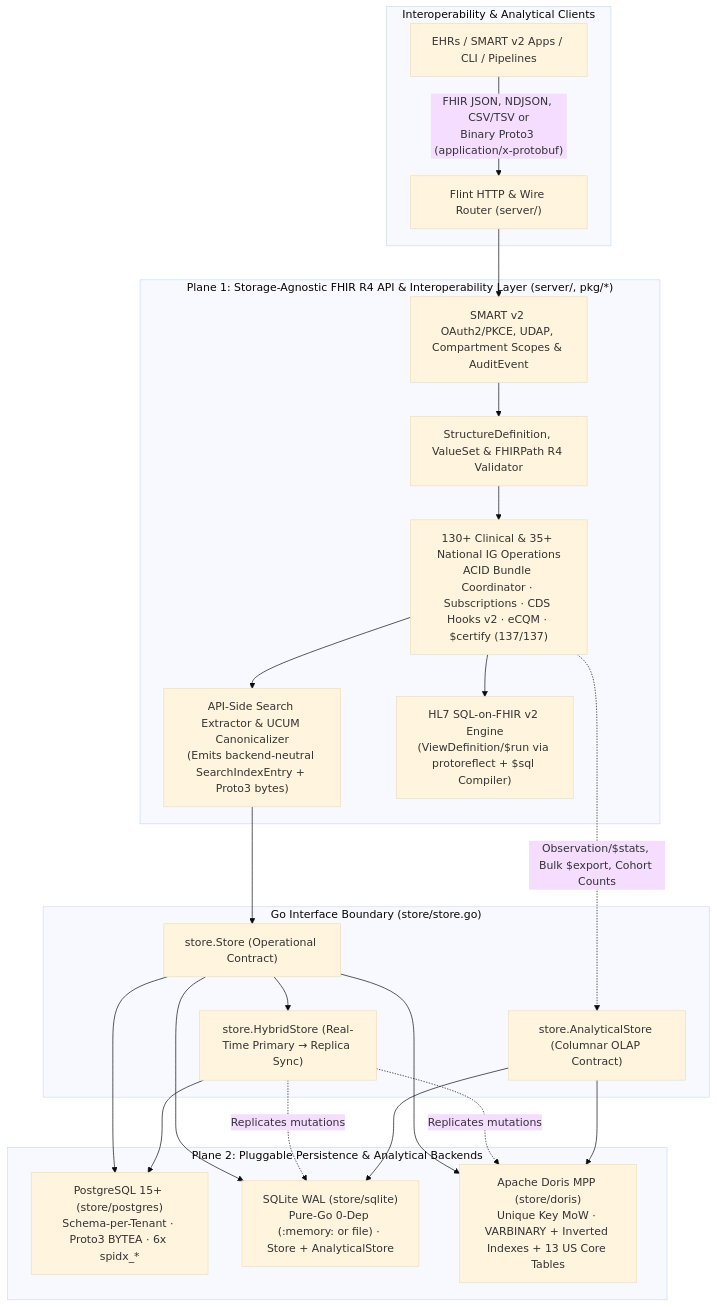
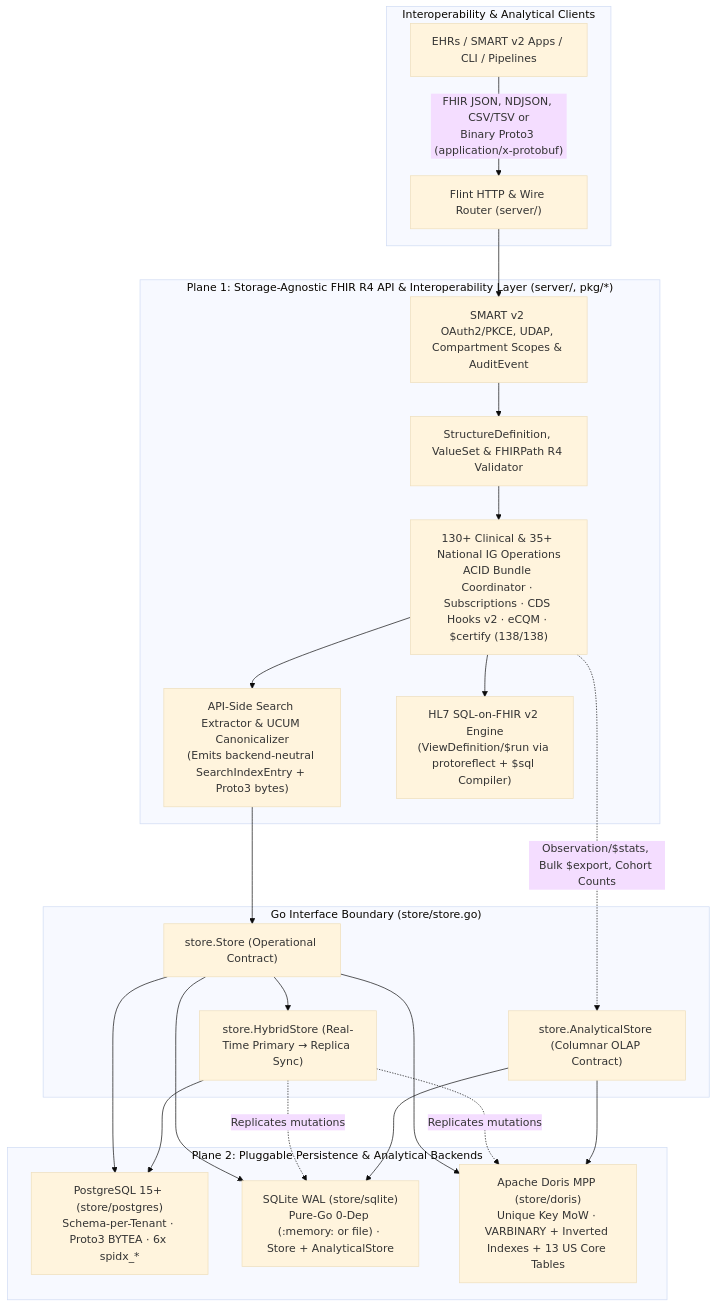
One commit to flint-fhir/flint changed the first of 2 diagrams in README.md. Above: the diagram before and after it, drawn with Mermaid (base theme). The commit also changed other lines of this file and 29 other files, not shown here.

````diff
--- a/README.md
+++ b/README.md
@@ -45,38 +45,38 @@
 ```mermaid
 flowchart TD
     subgraph Clients ["Interoperability & Analytical Clients"]
         EHR["EHRs / SMART v2 Apps / CLI / Pipelines"] -->|"FHIR JSON, NDJSON, CSV/TSV or\nBinary Proto3 (application/x-protobuf)"| API["Flint HTTP & Wire Router (server/)"]
     end
 
     subgraph APILayer ["Plane 1: Storage-Agnostic FHIR R4 API & Interoperability Layer (server/, pkg/*)"]
         API --> Auth["SMART v2 OAuth2/PKCE, UDAP, Compartment Scopes & AuditEvent"]
         Auth --> Val["StructureDefinition, ValueSet & FHIRPath R4 Validator"]
-        Val --> Engine["130+ Clinical & 35+ National IG Operations\nACID Bundle Coordinator · Subscriptions · CDS Hooks v2 · eCQM · $certify (137/137)"]
+        Val --> Engine["130+ Clinical & 35+ National IG Operations\nACID Bundle Coordinator · Subscriptions · CDS Hooks v2 · eCQM · $certify (138/138)"]
         Engine --> Extract["API-Side Search Extractor & UCUM Canonicalizer\n(Emits backend-neutral SearchIndexEntry + Proto3 bytes)"]
         Engine --> SOF["HL7 SQL-on-FHIR v2 Engine\n(ViewDefinition/$run via protoreflect + $sql Compiler)"]
     end
 
     subgraph Boundary ["Go Interface Boundary (store/store.go)"]
         StoreIF["store.Store (Operational Contract)"]
         AnalyticsIF["store.AnalyticalStore (Columnar OLAP Contract)"]
         Hybrid["store.HybridStore (Real-Time Primary → Replica Sync)"]
     end
 
     subgraph Backends ["Plane 2: Pluggable Persistence & Analytical Backends"]
         PG["PostgreSQL 15+ (store/postgres)\nSchema-per-Tenant · Proto3 BYTEA · 6x spidx_*"]
         SQLite["SQLite WAL (store/sqlite)\nPure-Go 0-Dep (:memory: or file) · Store + AnalyticalStore"]
         Doris["Apache Doris MPP (store/doris)\nUnique Key MoW · VARBINARY + Inverted Indexes + 13 US Core Tables"]
     end
 
     Extract --> StoreIF
     Engine -. "Observation/$stats, Bulk $export, Cohort Counts" .-> AnalyticsIF
     StoreIF --> PG
     StoreIF --> SQLite
     StoreIF --> Doris
     StoreIF --> Hybrid
     Hybrid --> PG
     Hybrid -. "Replicates mutations" .-> Doris
     Hybrid -. "Replicates mutations" .-> SQLite
     AnalyticsIF --> Doris
     AnalyticsIF --> SQLite
 ```
````
